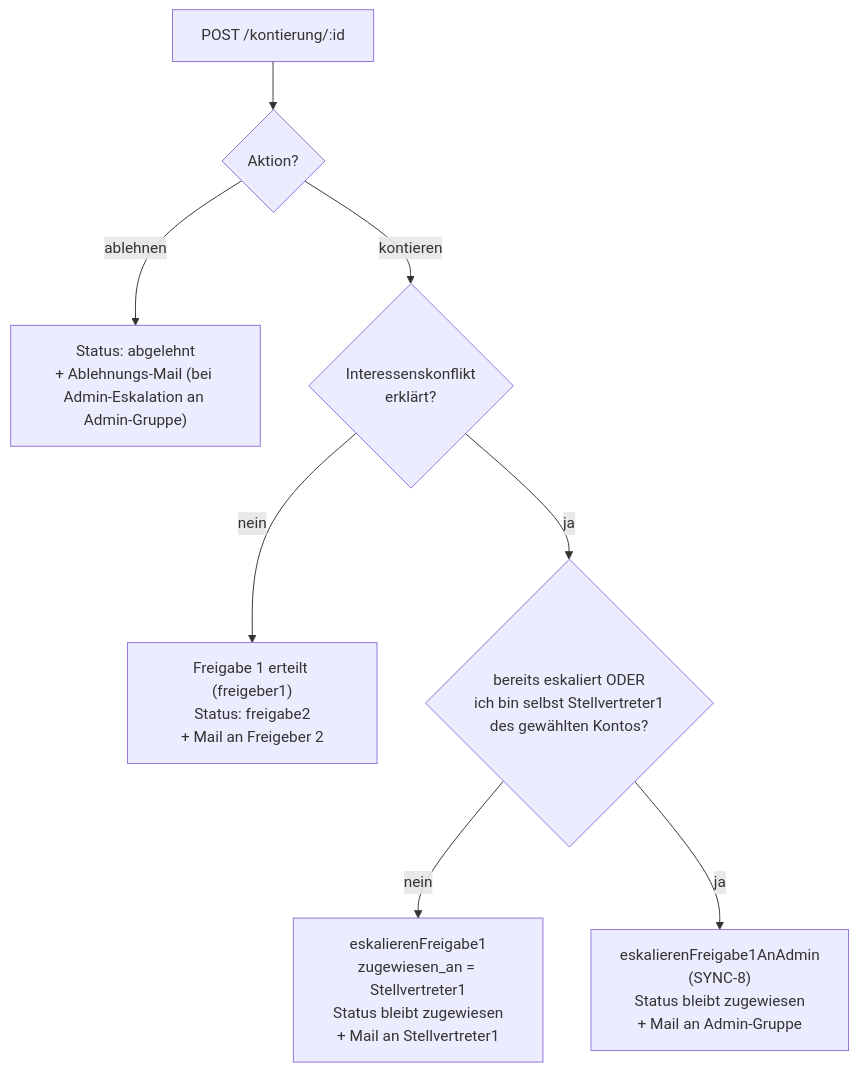
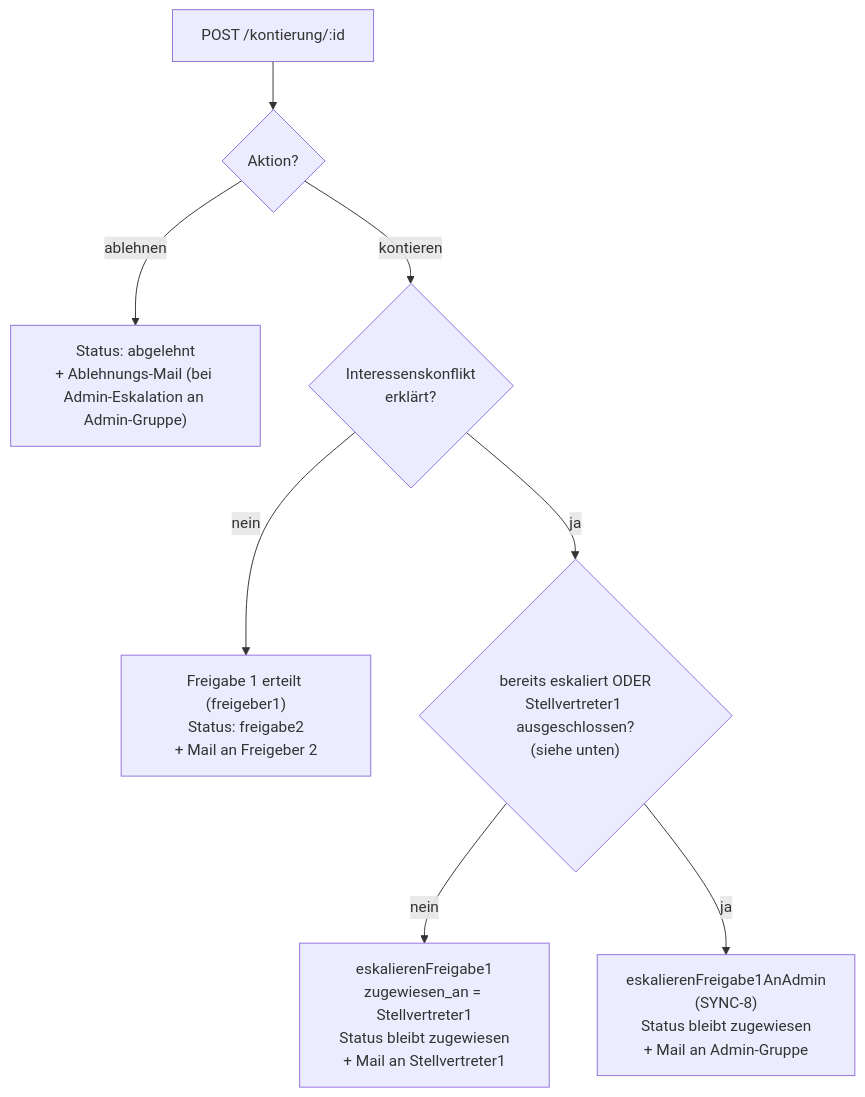
Before and after one commit to rony326/freigabeportal: the third of 4 diagrams in docs/rechnungs-workflow.md, drawn with Mermaid. The commit also changed other lines of this file and 7 other files, not shown here.

````diff
--- a/docs/rechnungs-workflow.md
+++ b/docs/rechnungs-workflow.md
@@ -117,10 +117,10 @@
 ```mermaid
 flowchart TD
     A["POST /kontierung/:id"] --> B{"Aktion?"}
     B -- ablehnen --> R["Status: abgelehnt<br/>+ Ablehnungs-Mail (bei Admin-Eskalation an Admin-Gruppe)"]
     B -- kontieren --> C{"Interessenskonflikt<br/>erklärt?"}
     C -- nein --> D["Freigabe 1 erteilt (freigeber1)<br/>Status: freigabe2<br/>+ Mail an Freigeber 2"]
-    C -- ja --> E{"bereits eskaliert ODER<br/>ich bin selbst Stellvertreter1<br/>des gewählten Kontos?"}
+    C -- ja --> E{"bereits eskaliert ODER<br/>Stellvertreter1 ausgeschlossen?<br/>(siehe unten)"}
     E -- nein --> F["eskalierenFreigabe1<br/>zugewiesen_an = Stellvertreter1<br/>Status bleibt zugewiesen<br/>+ Mail an Stellvertreter1"]
     E -- ja --> G["eskalierenFreigabe1AnAdmin<br/>(SYNC-8)<br/>Status bleibt zugewiesen<br/>+ Mail an Admin-Gruppe"]
 ```
````
